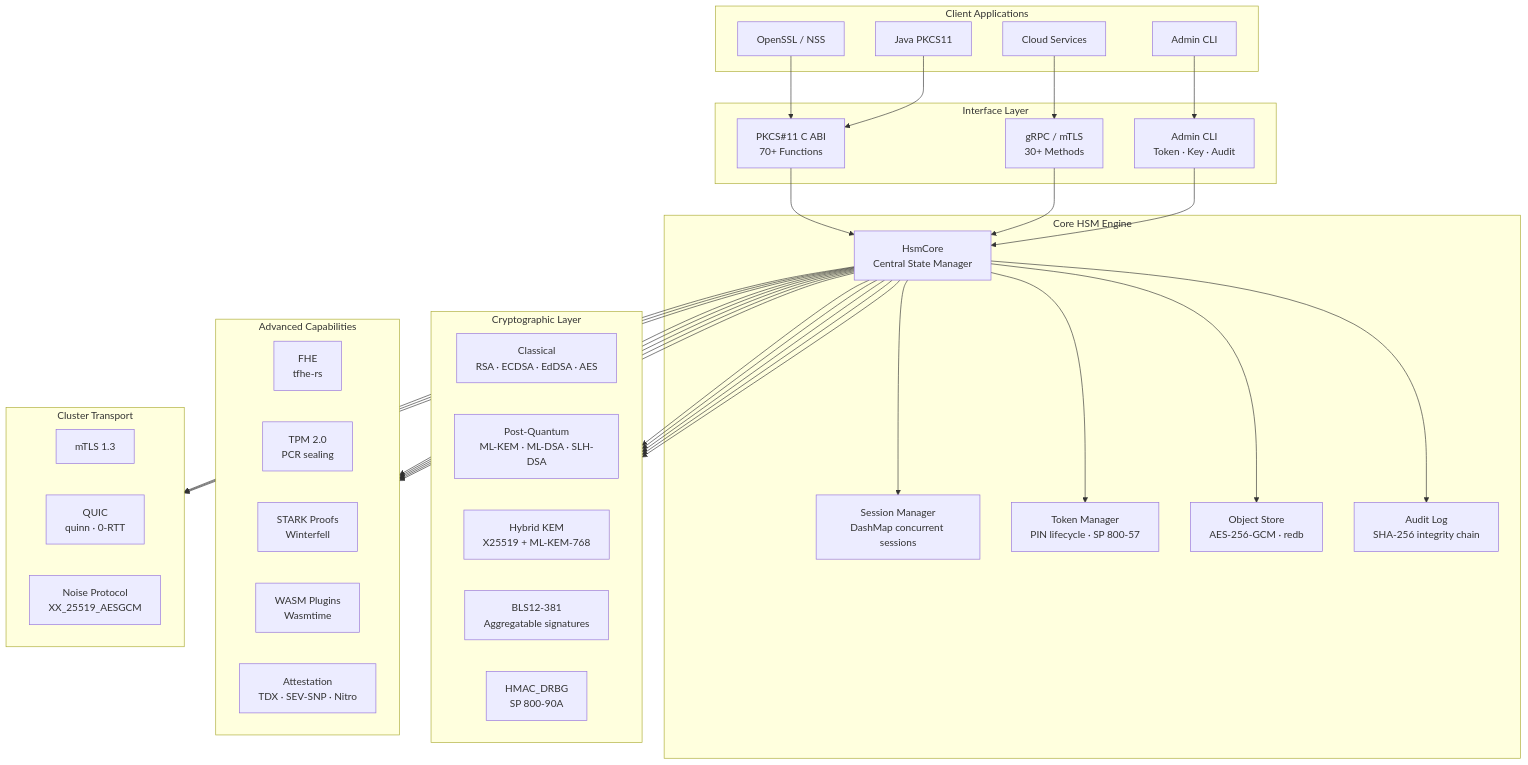
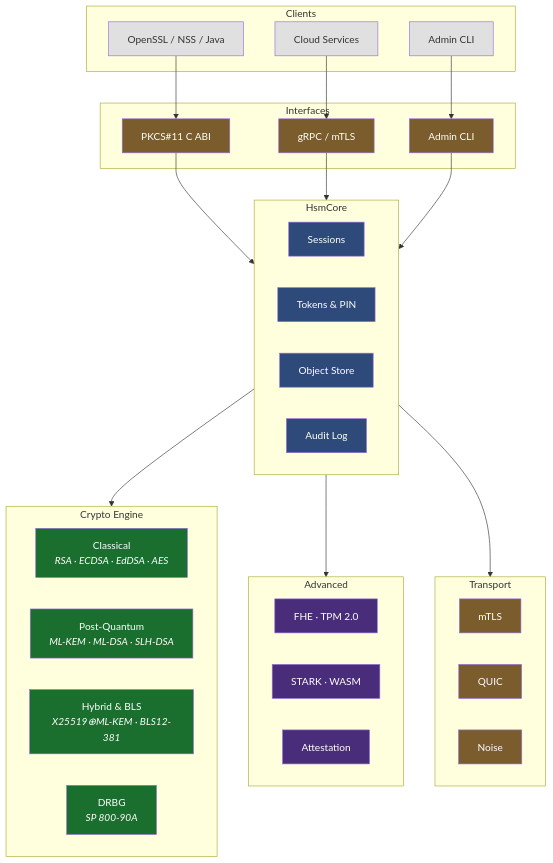
One commit to sonoransun/multicraton-hsm-testnet changed the first of 16 diagrams in README.md. Above: the diagram before and after it, drawn with Mermaid. The commit also changed other lines of this file and 28 other files, not shown here.

````diff
--- a/README.md
+++ b/README.md
@@ -20,57 +20,63 @@
 ```mermaid
 graph TB
-    subgraph CLIENTS["Client Applications"]
-        A1[OpenSSL / NSS]
-        A2[Java PKCS11]
-        A3[Cloud Services]
-        A4[Admin CLI]
+    subgraph CLIENTS["Clients"]
+        A1["OpenSSL / NSS / Java"]
+        A2["Cloud Services"]
+        A3["Admin CLI"]
     end
 
-    subgraph INTERFACES["Interface Layer"]
-        I1["PKCS#11 C ABI<br/>70+ Functions"]
-        I2["gRPC / mTLS<br/>30+ Methods"]
-        I3["Admin CLI<br/>Token · Key · Audit"]
+    subgraph INTERFACES["Interfaces"]
+        I1["PKCS#11 C ABI"]
+        I2["gRPC / mTLS"]
+        I3["Admin CLI"]
     end
 
-    subgraph CORE["Core HSM Engine"]
-        C1["HsmCore<br/>Central State Manager"]
-        C2["Session Manager<br/>DashMap concurrent sessions"]
-        C3["Token Manager<br/>PIN lifecycle · SP 800-57"]
-        C4["Object Store<br/>AES-256-GCM · redb"]
-        C5["Audit Log<br/>SHA-256 integrity chain"]
+    subgraph CORE["HsmCore"]
+        C1["Sessions"]
+        C2["Tokens & PIN"]
+        C3["Object Store"]
+        C4["Audit Log"]
     end
 
-    subgraph CRYPTO["Cryptographic Layer"]
+    subgraph CRYPTO["Crypto Engine"]
         direction LR
-        CL["Classical<br/>RSA · ECDSA · EdDSA · AES"]
-        PQ["Post-Quantum<br/>ML-KEM · ML-DSA · SLH-DSA"]
-        HY["Hybrid KEM<br/>X25519 + ML-KEM-768"]
-        BL["BLS12-381<br/>Aggregatable signatures"]
-        DR["HMAC_DRBG<br/>SP 800-90A"]
+        CL["Classical<br/><i>RSA · ECDSA · EdDSA · AES</i>"]
+        PQ["Post-Quantum<br/><i>ML-KEM · ML-DSA · SLH-DSA</i>"]
+        HY["Hybrid & BLS<br/><i>X25519⊕ML-KEM · BLS12-381</i>"]
+        DR["DRBG<br/><i>SP 800-90A</i>"]
     end
 
-    subgraph ADVANCED["Advanced Capabilities"]
+    subgraph ADVANCED["Advanced"]
         direction LR
-        FH["FHE<br/>tfhe-rs"]
-        TP["TPM 2.0<br/>PCR sealing"]
-        SK["STARK Proofs<br/>Winterfell"]
-        WA["WASM Plugins<br/>Wasmtime"]
-        AT["Attestation<br/>TDX · SEV-SNP · Nitro"]
+        FH["FHE · TPM 2.0"]
+        SK["STARK · WASM"]
+        AT["Attestation"]
     end
 
-    subgraph CLUSTER["Cluster Transport"]
+    subgraph CLUSTER["Transport"]
         direction LR
-        MT["mTLS 1.3"]
-        QU["QUIC<br/>quinn · 0-RTT"]
-        NO["Noise Protocol<br/>XX_25519_AESGCM"]
+        MT["mTLS"]
+        QU["QUIC"]
+        NO["Noise"]
     end
 
-    A1 & A2 --> I1
-    A3 --> I2
-    A4 --> I3
-    I1 & I2 & I3 --> C1
-    C1 --> C2 & C3 & C4 & C5
-    C1 --> CL & PQ & HY & BL & DR
-    C1 --> FH & TP & SK & WA & AT
-    C1 --> MT & QU & NO
+    A1 --> I1
+    A2 --> I2
+    A3 --> I3
+    I1 & I2 & I3 --> CORE
+    CORE --> CRYPTO
+    CORE --> ADVANCED
+    CORE --> CLUSTER
+
+    classDef client fill:#e0e0e0,color:#333
+    classDef iface fill:#7a5c2d,color:#fff
+    classDef core fill:#2d4a7a,color:#fff
+    classDef crypto fill:#1a6e2e,color:#fff
+    classDef adv fill:#4a2d7a,color:#fff
+    class A1,A2,A3 client
+    class I1,I2,I3 iface
+    class C1,C2,C3,C4 core
+    class CL,PQ,HY,DR crypto
+    class FH,SK,AT adv
+    class MT,QU,NO iface
 ```
````
